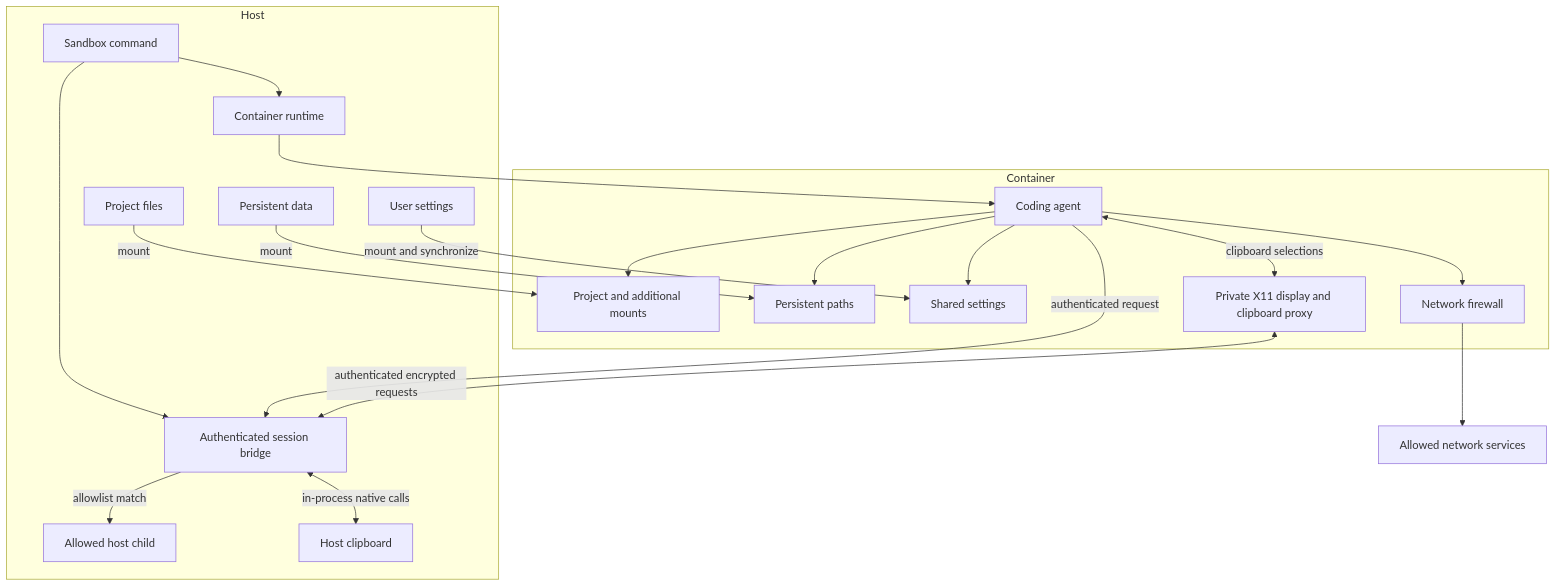
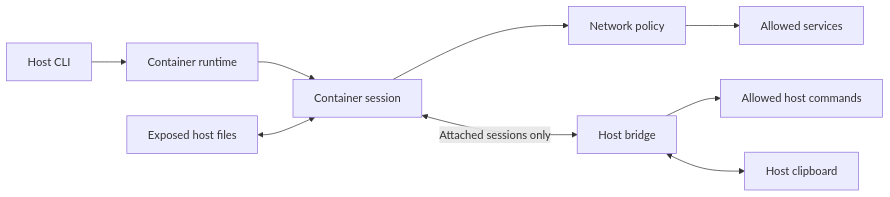
One commit to MaibornWolff/sandbox changed the diagram in docs/ARCHITECTURE.md. Above: the diagram before and after it, drawn with Mermaid. The commit also changed other lines of this file and 29 other files, not shown here.

````diff
--- a/docs/ARCHITECTURE.md
+++ b/docs/ARCHITECTURE.md
@@ -22,41 +10,11 @@
 ```mermaid
-flowchart TB
-  subgraph Host
-    CLI[Sandbox command]
-    Project[Project files]
-    Settings[User settings]
-    Data[Persistent data]
-    Runtime[Container runtime]
-    Broker[Authenticated session bridge]
-    HostChild[Allowed host child]
-    Native[Host clipboard]
-  end
-
-  subgraph Container
-    Agent[Coding agent]
-    Mounts[Project and additional mounts]
-    Persistent[Persistent paths]
-    SharedSettings[Shared settings]
-    Firewall[Network firewall]
-    Display[Private X11 display and clipboard proxy]
-  end
-
-  Services[Allowed network services]
-
-  CLI --> Runtime
-  Runtime --> Agent
-  CLI --> Broker
-  Agent -->|authenticated request| Broker
-  Broker -->|allowlist match| HostChild
-  Agent <-->|clipboard selections| Display
-  Display <-->|authenticated encrypted requests| Broker
-  Broker <-->|in-process native calls| Native
-  Project -->|mount| Mounts
-  Settings -->|mount and synchronize| SharedSettings
-  Data -->|mount| Persistent
-  Agent --> Mounts
-  Agent --> Persistent
-  Agent --> SharedSettings
-  Agent --> Firewall
-  Firewall --> Services
+flowchart LR
+  CLI[Host CLI] --> Runtime[Container runtime]
+  Runtime --> Agent[Container session]
+  Project[Exposed host files] <--> Agent
+  Agent --> Network[Network policy]
+  Network --> Services[Allowed services]
+  Agent <-->|Attached sessions only| Bridge[Host bridge]
+  Bridge --> Commands[Allowed host commands]
+  Bridge <--> Clipboard[Host clipboard]
 ```
````
